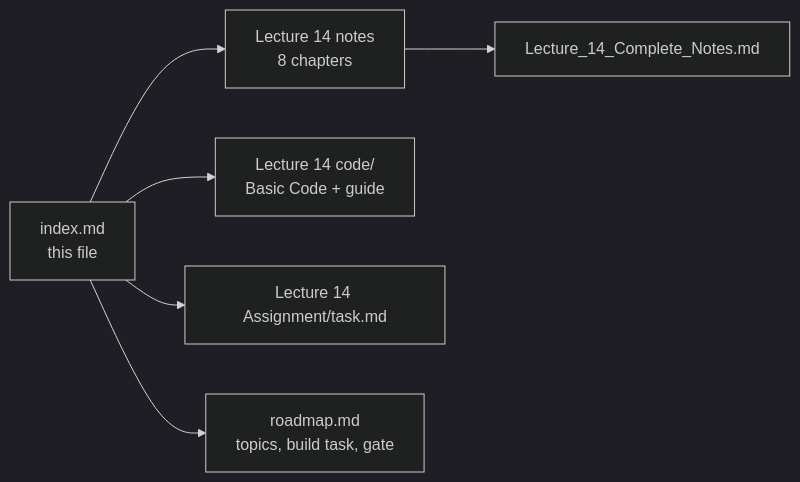
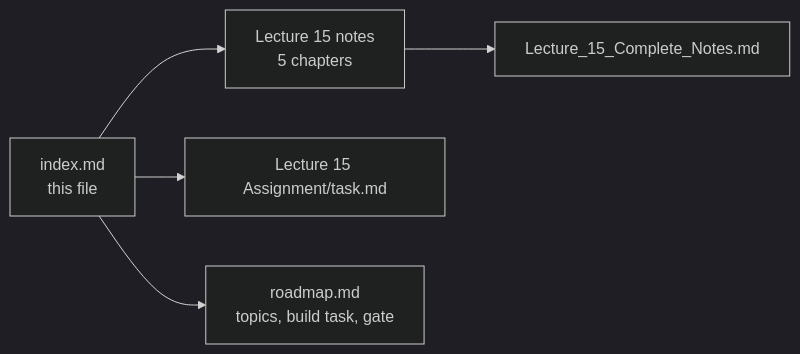
One commit to Amie-dev/FDE-and-GenAI-Mastery changed the second of 11 diagrams in index.md. Above: the diagram before and after it, drawn with Mermaid (dark theme). The commit also changed other lines of this file and 9 other files, not shown here.

Commit message:
Add comprehensive notes for Lecture 15 on Vector Databases and ANN, including detailed sections on engine decisions, production operations, and hybrid search. Create a consolidated document summarizing key concepts and decision tables. Update index and roadmap to reflect new lecture content.

````diff
--- a/index.md
+++ b/index.md
@@ -129,8 +125,7 @@
 ```mermaid
 flowchart LR
-    IDX["index.md<br/>this file"] --> L14["Lecture 14 notes<br/>8 chapters"]
-    L14 --> CN["Lecture_14_Complete_Notes.md"]
-    IDX --> CODE["Lecture 14 code/<br/>Basic Code + guide"]
-    IDX --> ASG["Lecture 14 Assignment/task.md"]
+    IDX["index.md<br/>this file"] --> L15["Lecture 15 notes<br/>5 chapters"]
+    L15 --> CN["Lecture_15_Complete_Notes.md"]
+    IDX --> ASG["Lecture 15 Assignment/task.md"]
     IDX --> RM["roadmap.md<br/>topics, build task, gate"]
 ```
````
